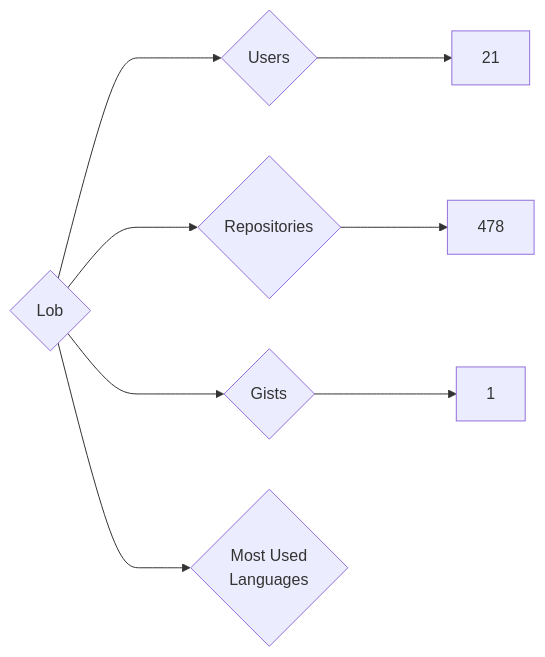
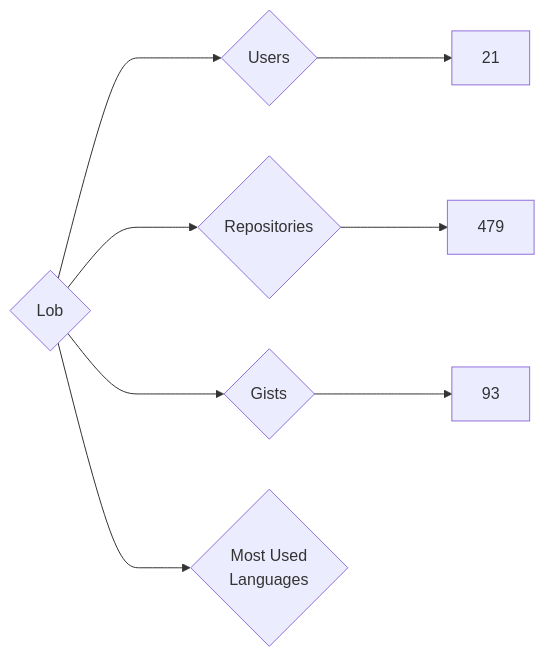
One commit to nenadzaric/insiders changed the diagram in targets/Lob/README.md. Above: the diagram before and after it, drawn with Mermaid. The commit also changed 1342 other files, not shown here.

````diff
--- a/targets/Lob/README.md
+++ b/targets/Lob/README.md
@@ -3,8 +3,8 @@
 ```mermaid
 graph LR
 COMPANY_NAME{Lob}
 COMPANY_NAME ---> U{Users} ---> UN[21]
-COMPANY_NAME ---> R{Repositories} ---> RN[478]
-COMPANY_NAME ---> G{Gists} ---> GN[1]
+COMPANY_NAME ---> R{Repositories} ---> RN[479]
+COMPANY_NAME ---> G{Gists} ---> GN[93]
 COMPANY_NAME ---> ML{Most Used<br>Languages}
 ```
````
